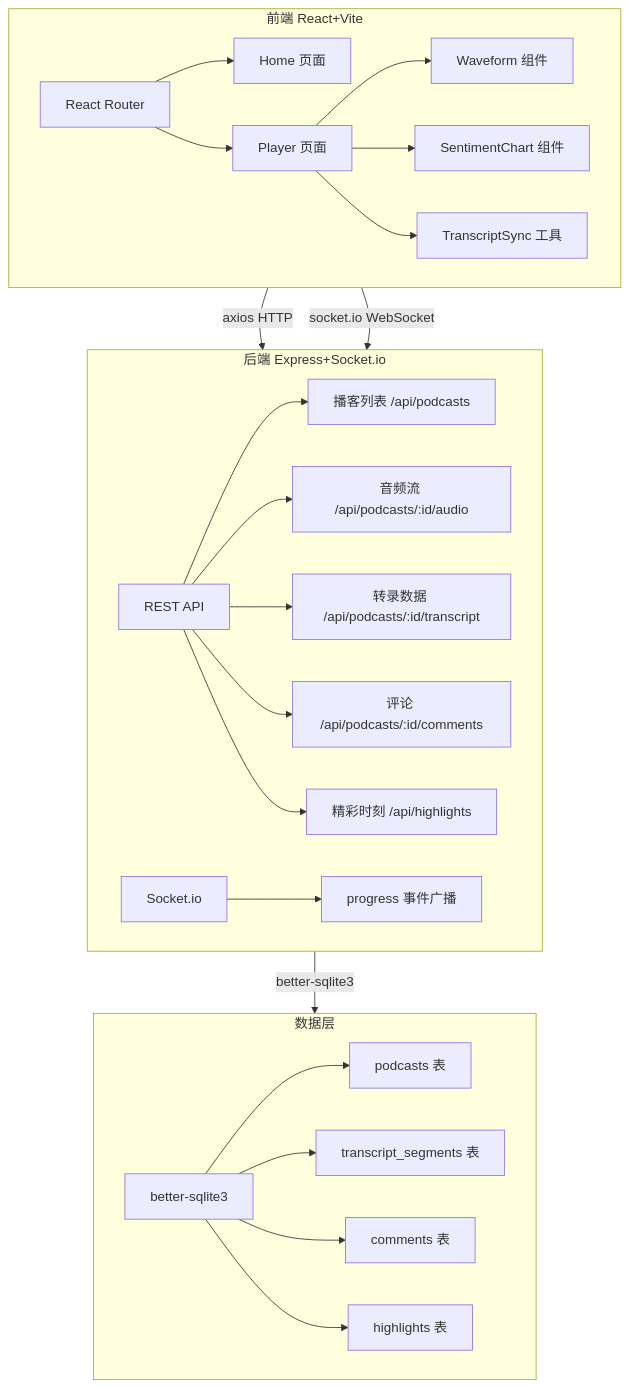
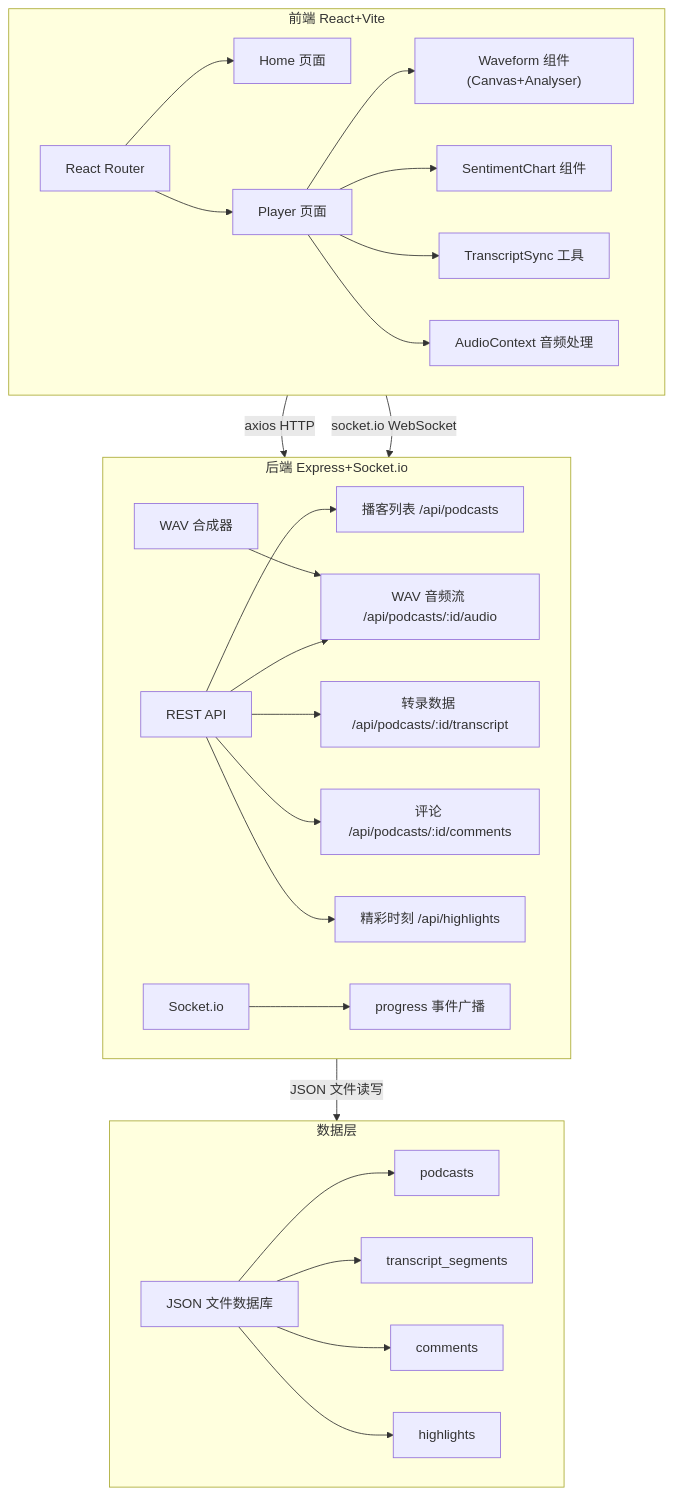
The first of 3 diagrams in cp1_6.14_auto65/.trae/documents/technical-architecture.md (NUDT-ZSL/Solo), drawn with Mermaid before and after one commit. The commit also changed other lines of this file and 13 other files, not shown here.

````diff
--- a/cp1_6.14_auto65/.trae/documents/technical-architecture.md
+++ b/cp1_6.14_auto65/.trae/documents/technical-architecture.md
@@ -3,31 +3,32 @@
 ```mermaid
 flowchart TB
     subgraph Frontend["前端 React+Vite"]
         A["React Router"] --> B["Home 页面"]
         A --> C["Player 页面"]
-        C --> D["Waveform 组件"]
+        C --> D["Waveform 组件(Canvas+Analyser)"]
         C --> E["SentimentChart 组件"]
         C --> F["TranscriptSync 工具"]
+        C --> G["AudioContext 音频处理"]
     end
 
     subgraph Backend["后端 Express+Socket.io"]
-        G["REST API"] --> H["播客列表 /api/podcasts"]
-        G --> I["音频流 /api/podcasts/:id/audio"]
-        G --> J["转录数据 /api/podcasts/:id/transcript"]
-        G --> K["评论 /api/podcasts/:id/comments"]
-        G --> L["精彩时刻 /api/highlights"]
-        M["Socket.io"] --> N["progress 事件广播"]
+        H["REST API"] --> I["播客列表 /api/podcasts"]
+        H --> J["WAV 音频流 /api/podcasts/:id/audio"]
+        H --> K["转录数据 /api/podcasts/:id/transcript"]
+        H --> L["评论 /api/podcasts/:id/comments"]
+        H --> M["精彩时刻 /api/highlights"]
+        N["Socket.io"] --> O["progress 事件广播"]
+        P["WAV 合成器"] --> J
     end
 
     subgraph Data["数据层"]
-        O["better-sqlite3"]
-        O --> P["podcasts 表"]
-        O --> Q["transcript_segments 表"]
-        O --> R["comments 表"]
-        O --> S["highlights 表"]
+        Q["JSON 文件数据库"] --> R["podcasts"]
+        Q --> S["transcript_segments"]
+        Q --> T["comments"]
+        Q --> U["highlights"]
     end
 
     Frontend -- "axios HTTP" --> Backend
     Frontend -- "socket.io WebSocket" --> Backend
-    Backend -- "better-sqlite3" --> Data
+    Backend -- "JSON 文件读写" --> Data
 ```
````
